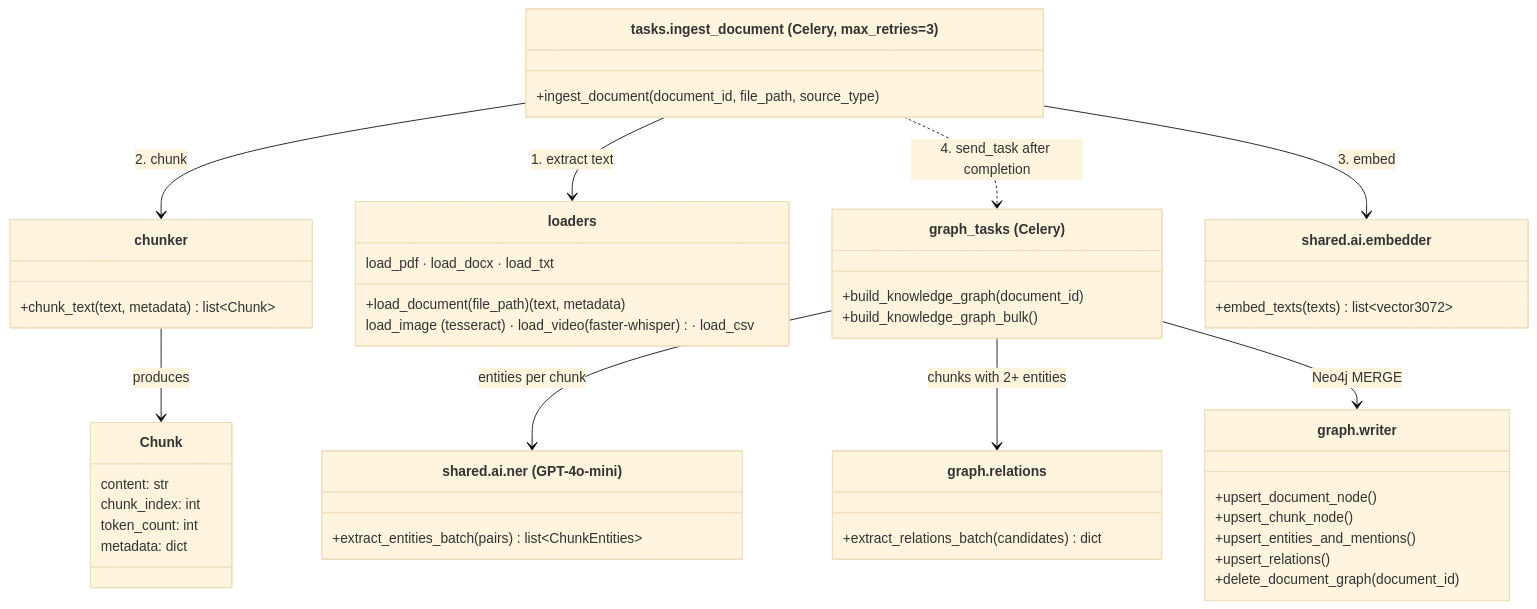
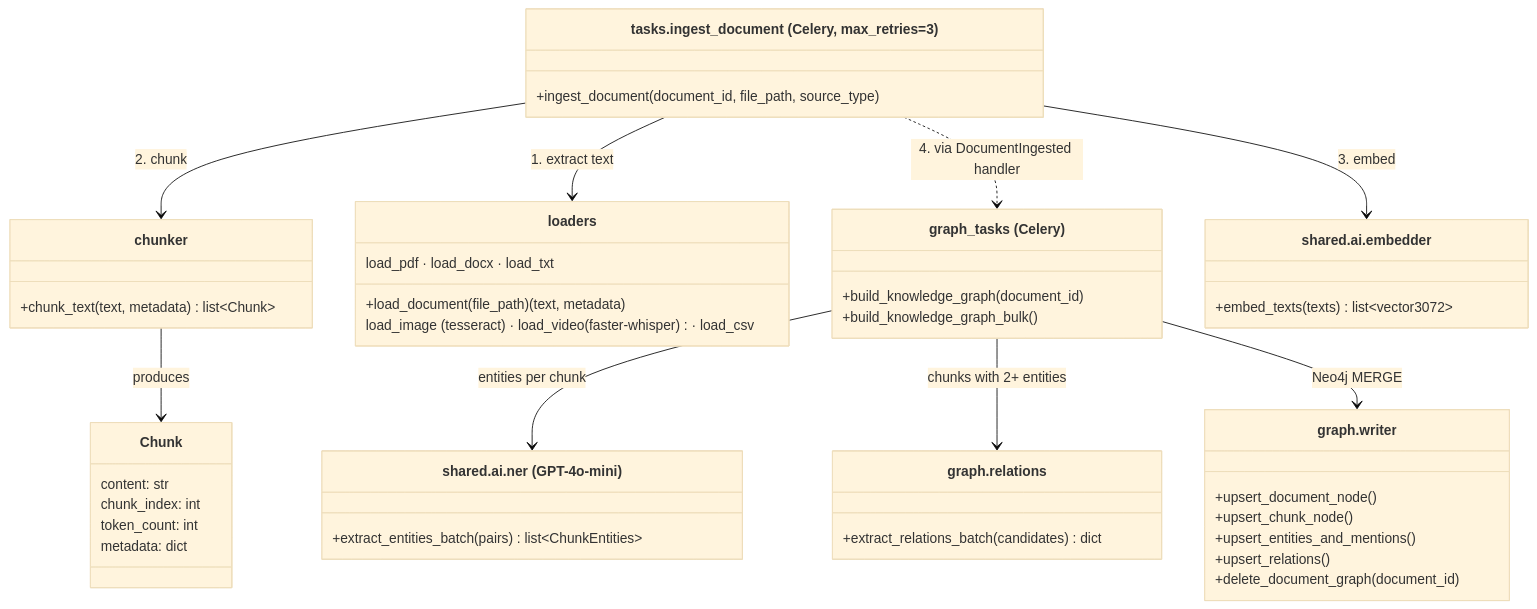
Before and after one commit to yavorm-tech/query-prism: the third of 4 diagrams in docs/diagrams/class-diagram.md, drawn with Mermaid (base theme). The commit also changed other lines of this file and 68 other files, not shown here.

````diff
--- a/docs/diagrams/class-diagram.md
+++ b/docs/diagrams/class-diagram.md
@@ -153,49 +169,49 @@
 ```mermaid
 classDiagram
     class ingest_document["tasks.ingest_document  (Celery, max_retries=3)"] {
         +ingest_document(document_id, file_path, source_type)
     }
     class build_knowledge_graph["graph_tasks  (Celery)"] {
         +build_knowledge_graph(document_id)
         +build_knowledge_graph_bulk()
     }
     class loaders {
         +load_document(file_path) (text, metadata)
         load_pdf · load_docx · load_txt
         load_image (tesseract) · load_video (faster-whisper) · load_csv
     }
     class chunker {
         +chunk_text(text, metadata) list~Chunk~
     }
     class Chunk {
         content: str
         chunk_index: int
         token_count: int
         metadata: dict
     }
     class embedder["shared.ai.embedder"] {
         +embed_texts(texts) list~vector3072~
     }
     class ner["shared.ai.ner (GPT-4o-mini)"] {
         +extract_entities_batch(pairs) list~ChunkEntities~
     }
     class relations["graph.relations"] {
         +extract_relations_batch(candidates) dict
     }
     class writer["graph.writer"] {
         +upsert_document_node()
         +upsert_chunk_node()
         +upsert_entities_and_mentions()
         +upsert_relations()
         +delete_document_graph(document_id)
     }
 
     ingest_document --> loaders : 1. extract text
     ingest_document --> chunker : 2. chunk
     chunker --> Chunk : produces
     ingest_document --> embedder : 3. embed
-    ingest_document ..> build_knowledge_graph : 4. send_task after completion
+    ingest_document ..> build_knowledge_graph : 4. via DocumentIngested handler
     build_knowledge_graph --> ner : entities per chunk
     build_knowledge_graph --> relations : chunks with 2+ entities
     build_knowledge_graph --> writer : Neo4j MERGE
 ```
````
